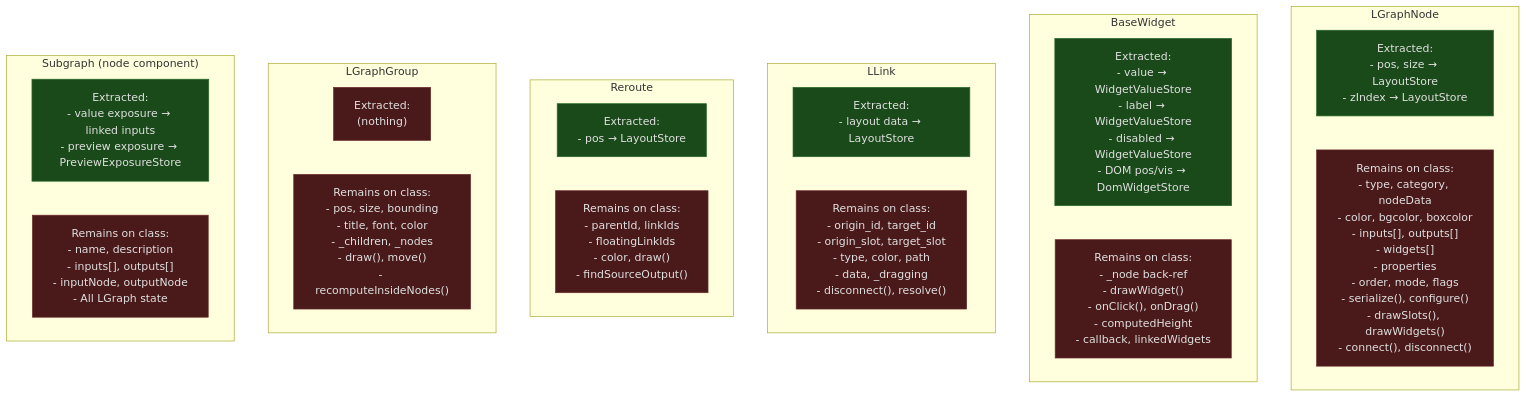
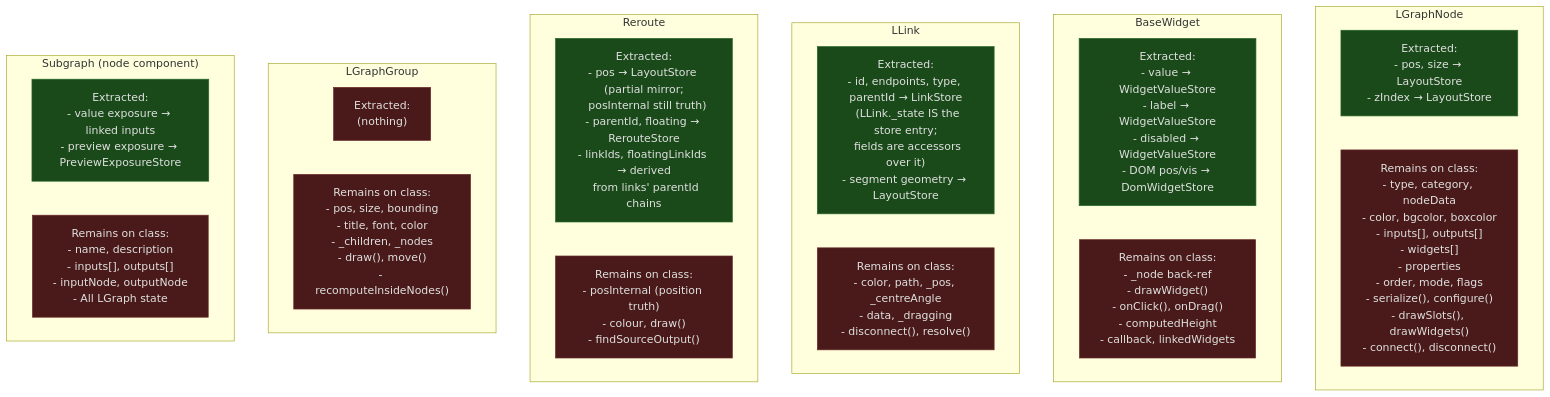
The third of 3 diagrams in docs/architecture/proto-ecs-stores.md (Comfy-Org/ComfyUI_frontend), drawn with Mermaid before and after one commit. The commit also changed other lines of this file and 9 other files, not shown here.

First line of the commit message:
docs: align ECS architecture records with shipped link/reroute stores

```diff
--- a/docs/architecture/proto-ecs-stores.md
+++ b/docs/architecture/proto-ecs-stores.md
@@ -286,22 +307,26 @@
 
     subgraph Link["LLink"]
         L_ext["Extracted:
-- layout data → LayoutStore"]
+- id, endpoints, type, parentId → LinkStore
+  (LLink._state IS the store entry;
+  fields are accessors over it)
+- segment geometry → LayoutStore"]
         L_rem["Remains on class:
-- origin_id, target_id
-- origin_slot, target_slot
-- type, color, path
+- color, path, _pos, _centreAngle
 - data, _dragging
 - disconnect(), resolve()"]
     end
 
     subgraph Reroute["Reroute"]
         R_ext["Extracted:
-- pos → LayoutStore"]
+- pos → LayoutStore (partial mirror;
+  posInternal still truth)
+- parentId, floating → RerouteStore
+- linkIds, floatingLinkIds → derived
+  from links' parentId chains"]
         R_rem["Remains on class:
-- parentId, linkIds
-- floatingLinkIds
-- color, draw()
+- posInternal (position truth)
+- colour, draw()
 - findSourceOutput()"]
     end
 
```
